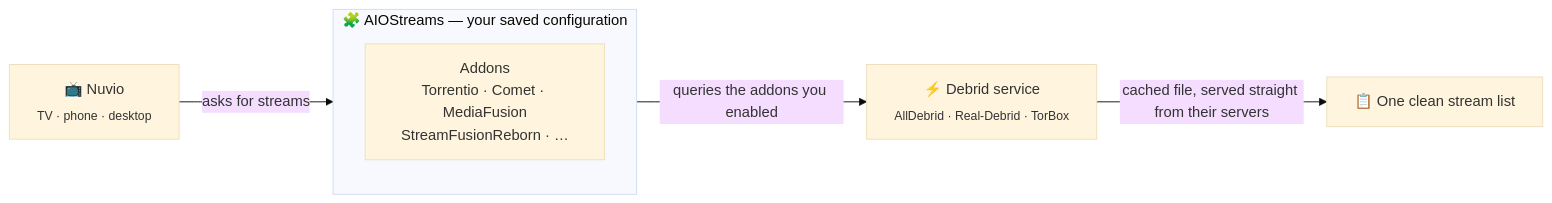
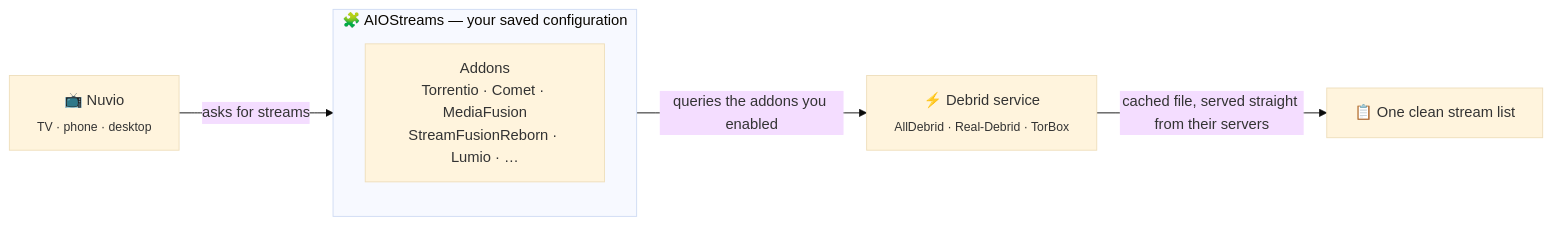
One commit to AmineDjeghri/personal-os-setup changed the diagram in docs/android-tv/nuvio-stremio-aiostreams.md. Above: the diagram before and after it, drawn with Mermaid (base theme). The commit also changed other lines of this file and 1 other file, not shown here.

First line of the commit message:
docs(android-tv): add Lumio back, best-for-French note and personal-addons variant

````diff
--- a/docs/android-tv/nuvio-stremio-aiostreams.md
+++ b/docs/android-tv/nuvio-stremio-aiostreams.md
@@ -38,16 +38,16 @@
 ```mermaid
 flowchart LR
     Client["📺 Nuvio<br/><sub>TV · phone · desktop</sub>"]
 
     subgraph ConfigGroup["🧩 AIOStreams — your saved configuration"]
-        Addons["Addons<br/>Torrentio · Comet · MediaFusion<br/>StreamFusionReborn · …"]
+        Addons["Addons<br/>Torrentio · Comet · MediaFusion<br/>StreamFusionReborn · Lumio · …"]
     end
 
     Debrid["⚡ Debrid service<br/><sub>AllDebrid · Real-Debrid · TorBox</sub>"]
 
     List["📋 One clean stream list"]
 
     Client -->|asks for streams| ConfigGroup
     ConfigGroup -->|queries the addons you enabled| Debrid
     Debrid -->|cached file, served straight from their servers| List
 ```
````
